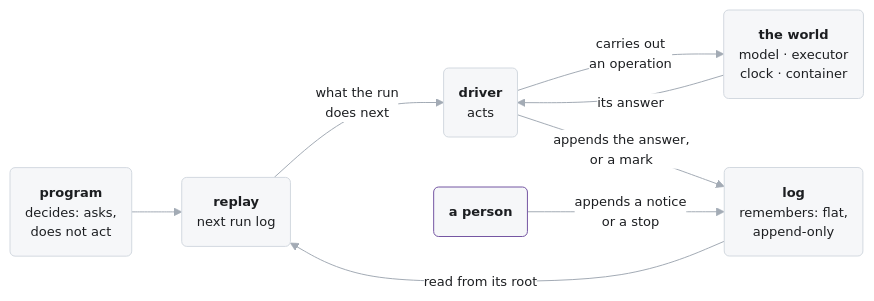
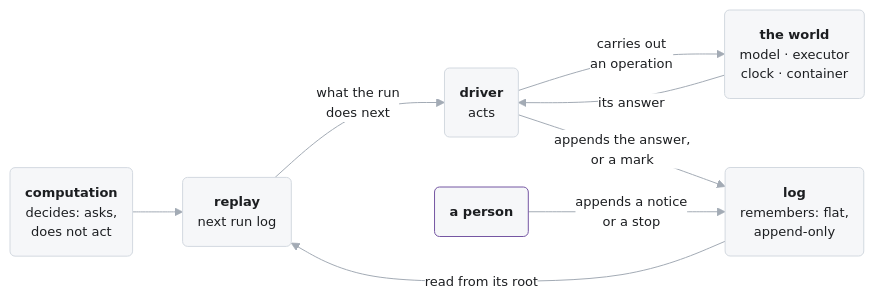
Before and after one commit to pku-xht/alaya: the first of 6 diagrams in docs/agent-api.md, drawn with Mermaid. The commit also changed other lines of this file and 63 other files, not shown here.

````diff
--- a/docs/agent-api.md
+++ b/docs/agent-api.md
@@ -9,21 +9,21 @@
 ```mermaid
 %%{init: {"theme": "base", "themeVariables": {"fontFamily": "BlinkMacSystemFont, Segoe UI, Helvetica, Arial", "fontSize": "13px", "primaryColor": "#f6f7f9", "primaryTextColor": "#1c1e21", "primaryBorderColor": "#d3d9e0", "lineColor": "#a3abb5", "textColor": "#6f7985", "edgeLabelBackground": "#ffffff", "clusterBkg": "#fafbfc", "clusterBorder": "#e3e6ea"}}}%%
 flowchart LR
   classDef notice stroke:#7556a3
 
-  program("<b>program</b><br/>decides: asks,<br/>does not act")
+  computation("<b>computation</b><br/>decides: asks,<br/>does not act")
   log("<b>log</b><br/>remembers: flat,<br/>append-only")
   replay("<b>replay</b><br/>next run log")
   driver("<b>driver</b><br/>acts")
   world("<b>the world</b><br/>model · executor<br/>clock · container")
   person("<b>a person</b>"):::notice
 
-  program --> replay
+  computation --> replay
   log -- "read from its root" --> replay
   replay -- "what the run<br/>does next" --> driver
   driver -- "carries out<br/>an operation" --> world
   world -- "its answer" --> driver
   driver -- "appends the answer,<br/>or a mark" --> log
   person -- "appends a notice<br/>or a stop" --> log
   linkStyle default stroke-width:1px
 ```
````
